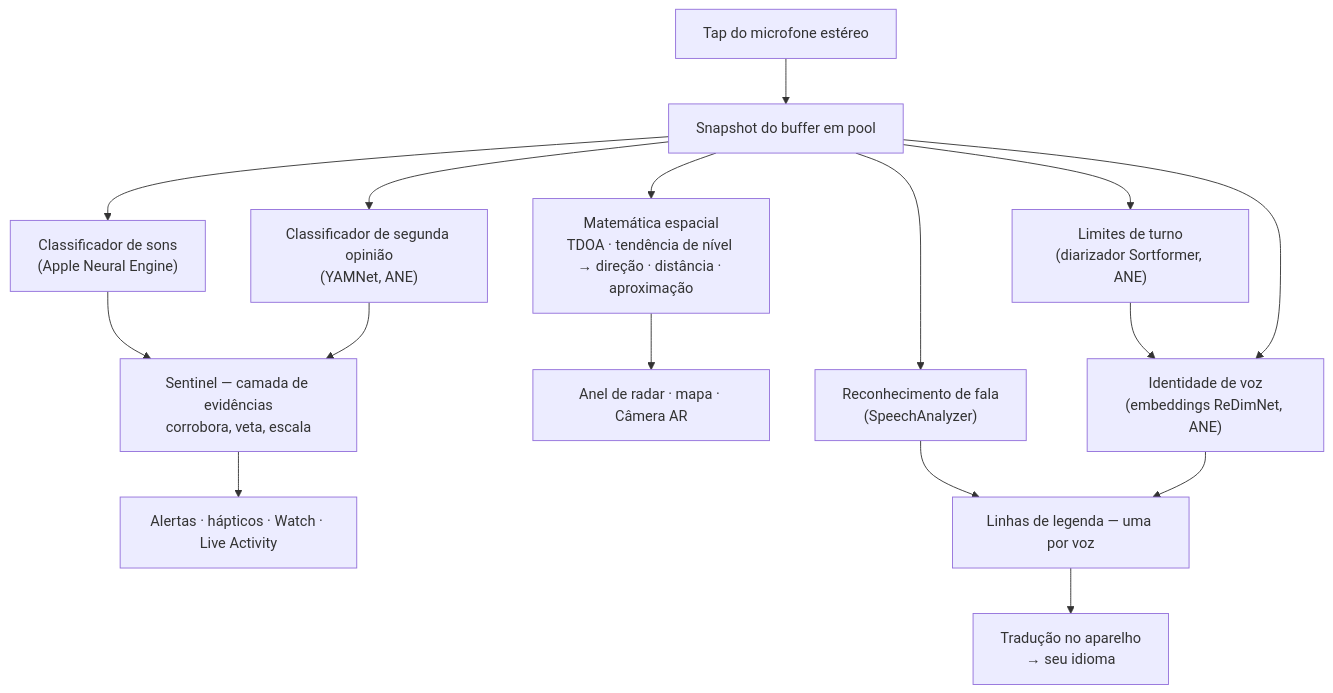
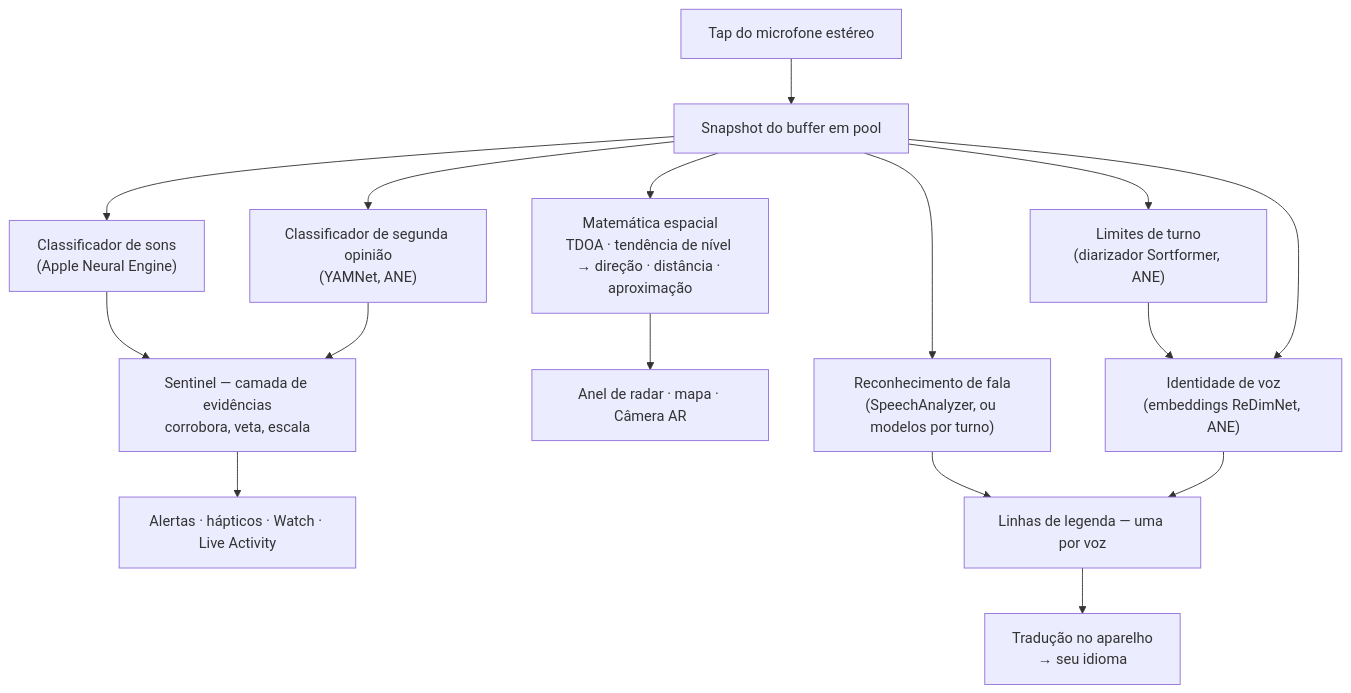
The second of 4 diagrams in README_pt-BR.md (rpalm01-star/VigilantEarLegal), drawn with Mermaid before and after one commit. The commit also changed other lines of this file and 14 other files, not shown here.

````diff
--- a/README_pt-BR.md
+++ b/README_pt-BR.md
@@ -134,18 +145,18 @@
 ```mermaid
 graph TD
     A["Tap do microfone estéreo"] --> B["Snapshot do buffer em pool"]
     B --> C["Classificador de sons<br/>(Apple Neural Engine)"]
     B --> Y["Classificador de segunda opinião<br/>(YAMNet, ANE)"]
     C --> S["Sentinel — camada de evidências<br/>corrobora, veta, escala"]
     Y --> S
     S --> H["Alertas · hápticos · Watch · Live Activity"]
     B --> D["Matemática espacial<br/>TDOA · tendência de nível → direção · distância · aproximação"]
     D --> R["Anel de radar · mapa · Câmera AR"]
-    B --> F["Reconhecimento de fala<br/>(SpeechAnalyzer)"]
+    B --> F["Reconhecimento de fala<br/>(SpeechAnalyzer, ou modelos por turno)"]
     B --> N["Limites de turno<br/>(diarizador Sortformer, ANE)"]
     N --> E["Identidade de voz<br/>(embeddings ReDimNet, ANE)"]
     B --> E
     F --> G["Linhas de legenda — uma por voz"]
     E --> G
     G --> T["Tradução no aparelho<br/>→ seu idioma"]
 ```
````
